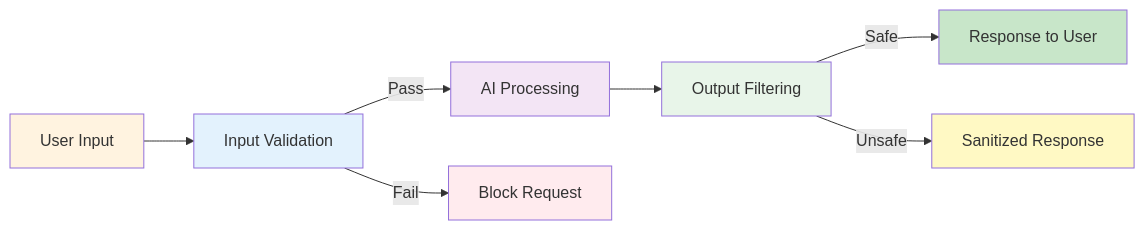
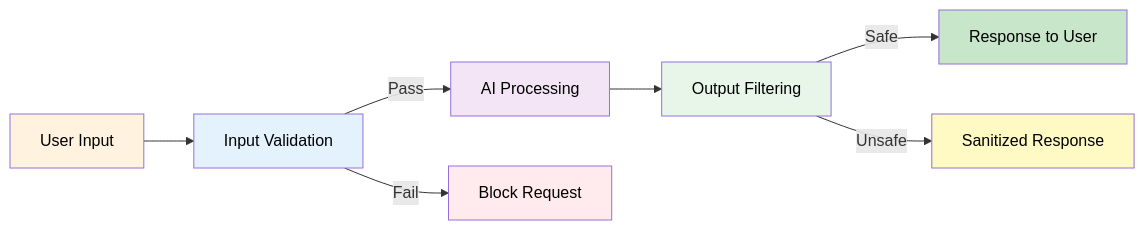
One commit to iNavLabsResearch/ai_starter changed the third of 3 diagrams in docs/session_1/6_ai_basics_security.md. Above: the diagram before and after it, drawn with Mermaid. The commit also changed other lines of this file and 8 other files, not shown here.

First line of the commit message:
Fix Mermaid diagram text visibility - set all text to black

````diff
--- a/docs/session_1/6_ai_basics_security.md
+++ b/docs/session_1/6_ai_basics_security.md
@@ -179,17 +179,17 @@
 ```mermaid
 graph LR
     A[User Input] --> B[Input Validation]
     B -->|Pass| C[AI Processing]
     B -->|Fail| D[Block Request]
     C --> E[Output Filtering]
     E -->|Safe| F[Response to User]
     E -->|Unsafe| G[Sanitized Response]
     
-    style A fill:#fff3e0
-    style B fill:#e3f2fd
-    style C fill:#f3e5f5
-    style D fill:#ffebee
-    style E fill:#e8f5e9
-    style F fill:#c8e6c9
-    style G fill:#fff9c4
+    style A fill:#fff3e0,color:#000000
+    style B fill:#e3f2fd,color:#000000
+    style C fill:#f3e5f5,color:#000000
+    style D fill:#ffebee,color:#000000
+    style E fill:#e8f5e9,color:#000000
+    style F fill:#c8e6c9,color:#000000
+    style G fill:#fff9c4,color:#000000
 ```
````
